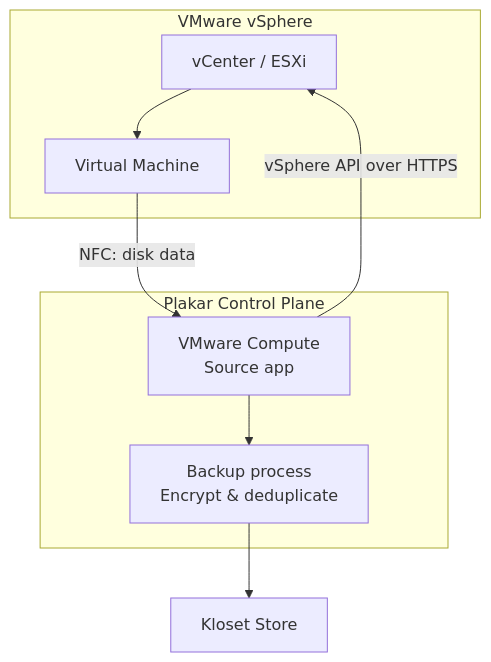
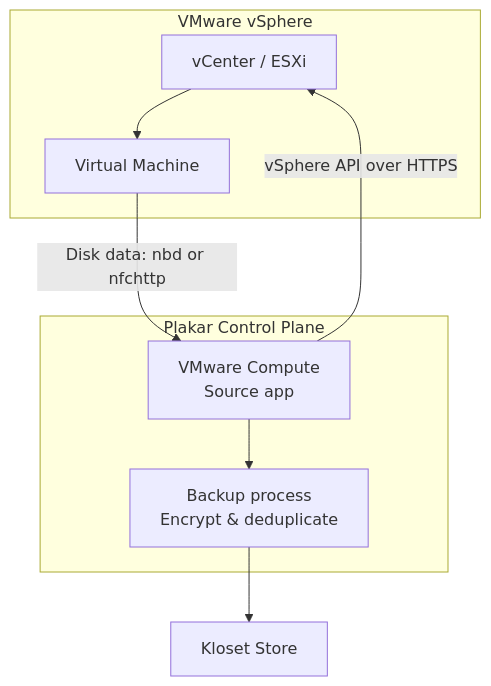
The first of 2 diagrams in content/docs/control-plane/resources/compute/vmware.md (PlakarKorp/plakar.io), drawn with Mermaid before and after one commit. The commit also changed 2 other files, not shown here.

Commit message:
be more clear on the tranfer layer

```diff
--- a/content/docs/control-plane/resources/compute/vmware.md
+++ b/content/docs/control-plane/resources/compute/vmware.md
@@ -29,20 +29,20 @@
 {{< mermaid >}}
 flowchart TD
   subgraph VMware["VMware vSphere"]
     VCenter["vCenter / ESXi"]
     VM["Virtual Machine"]
   end
 
   subgraph Plakar["Plakar Control Plane"]
     Source["VMware Compute<br/>Source app"]
     Backup["Backup process<br/>Encrypt & deduplicate"]
   end
 
   Store["Kloset Store"]
 
   Source -->|"vSphere API over HTTPS"| VCenter
   VCenter --> VM
-  VM -->|"NFC: disk data"| Source
+  VM -->|"Disk data: nbd or nfchttp"| Source
   Source --> Backup
   Backup --> Store
 {{< /mermaid >}}
```
